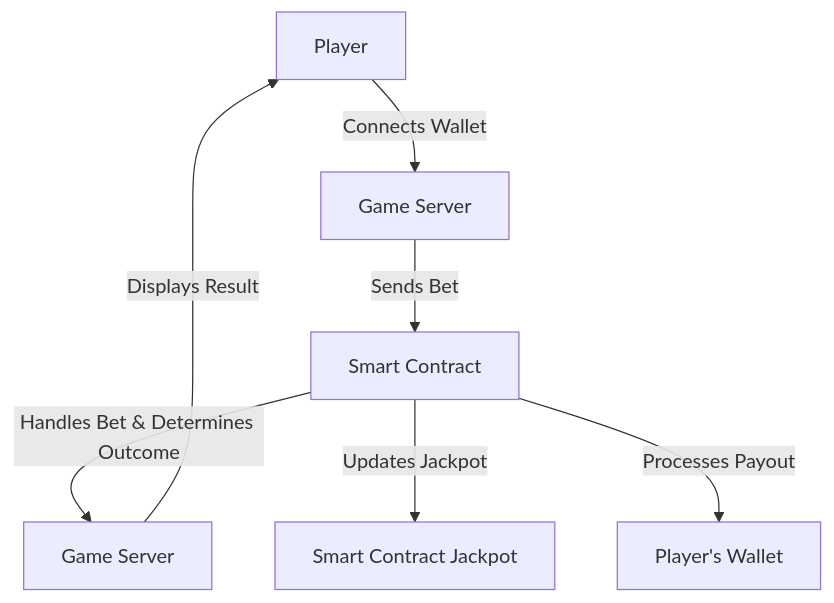
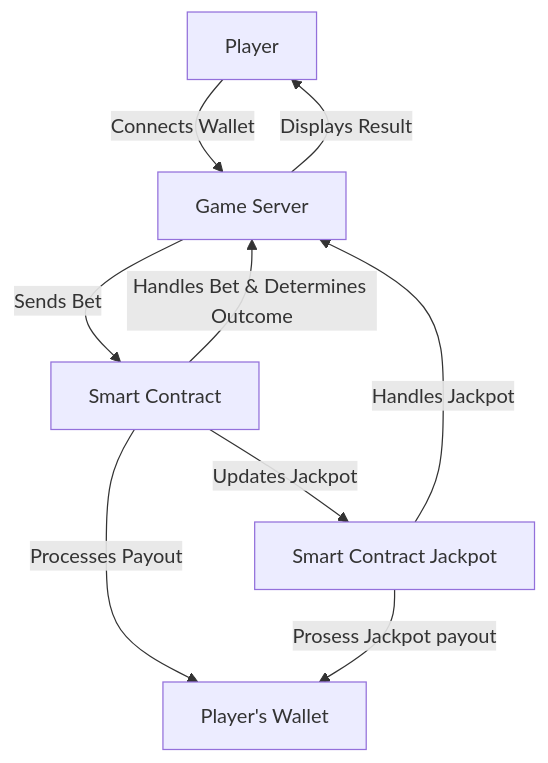
Before and after one commit to mm30895/VKZV_game: the diagram in README.md, drawn with Mermaid. The commit also changed other lines of this file, not shown here.

Commit message:
Update Diagram README.md

````diff
--- a/README.md
+++ b/README.md
@@ -32,9 +32,11 @@
 ```mermaid
 flowchart TD
   A[Player] -->|Connects Wallet| B[Game Server]
   B --> |Sends Bet| C[Smart Contract]
-  C --> |Handles Bet & Determines Outcome| D[Game Server]
-  D --> |Displays Result| A
+  C --> |Handles Bet & Determines Outcome| B[Game Server]
+  B --> |Displays Result| A[Player]
   C --> |Updates Jackpot| E[Smart Contract Jackpot]
   C --> |Processes Payout| F[Player's Wallet]
+  E --> |Prosess Jackpot payout| F[Player's Wallet]
+  E --> |Handles Jackpot| B[Game Server]
 ```
````
